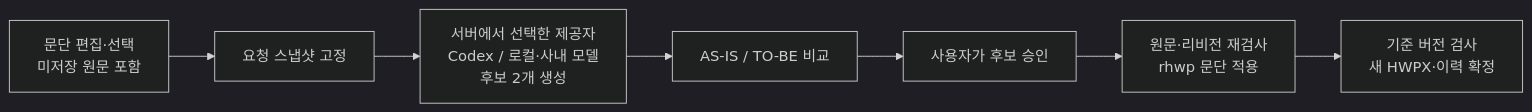
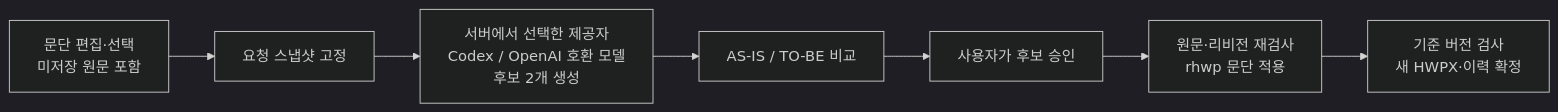
One commit to m4r4m01m/hwp-assistant changed the diagram in README.md. Above: the diagram before and after it, drawn with Mermaid (dark theme). The commit also changed other lines of this file and 35 other files, not shown here.

````diff
--- a/README.md
+++ b/README.md
@@ -53,9 +53,9 @@
 ```mermaid
 flowchart LR
     A["문단 편집·선택<br/>미저장 원문 포함"] --> B["요청 스냅샷 고정"]
-    B --> C["서버에서 선택한 제공자<br/>Codex / 로컬·사내 모델<br/>후보 2개 생성"]
+    B --> C["서버에서 선택한 제공자<br/>Codex / OpenAI 호환 모델<br/>후보 2개 생성"]
     C --> D["AS-IS / TO-BE 비교"]
     D --> E["사용자가 후보 승인"]
     E --> F["원문·리비전 재검사<br/>rhwp 문단 적용"]
     F --> G["기준 버전 검사<br/>새 HWPX·이력 확정"]
 ```
````
